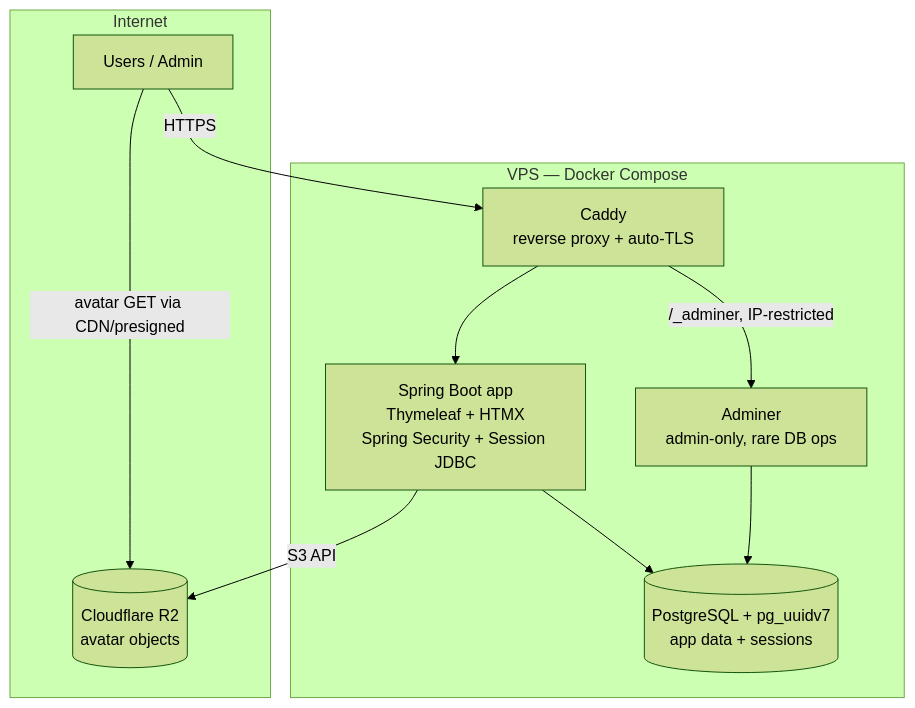
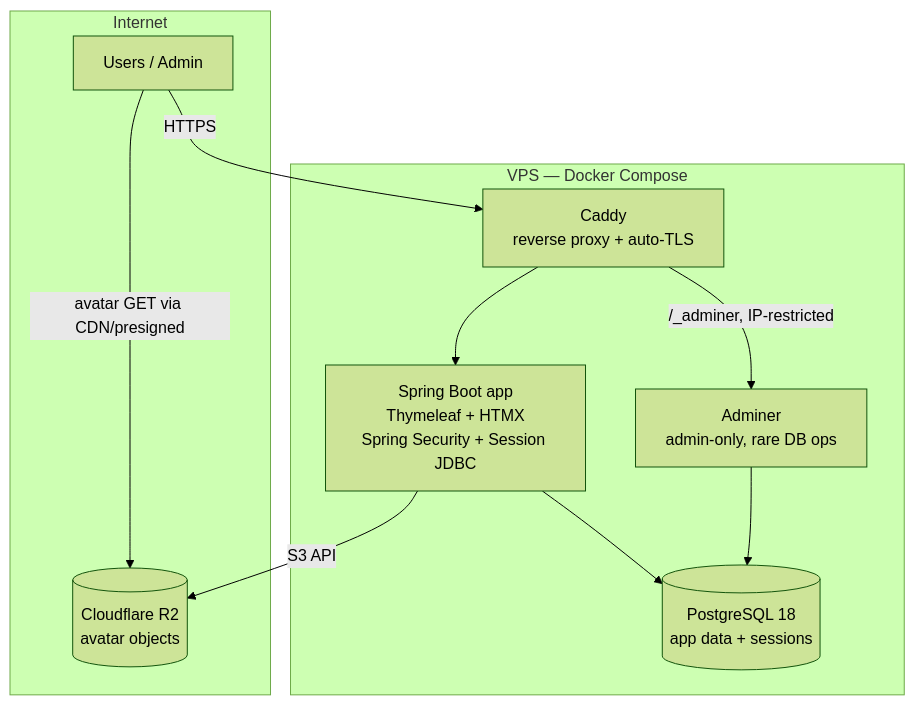
Before and after one commit to Papan1a/life-experience-portal: the diagram in architecture_v1.md, drawn with Mermaid (forest theme). The commit also changed other lines of this file and 18 other files, not shown here.

Commit message:
refactor: migrate to PostgreSQL 18 and implement Spring Data JDBC Auditing for timestamps

````diff
--- a/architecture_v1.md
+++ b/architecture_v1.md
@@ -28,20 +28,20 @@
 ```mermaid
 flowchart TB
     subgraph Internet
         U[Users / Admin]
         R2[(Cloudflare R2<br/>avatar objects)]
     end
     subgraph VPS [VPS — Docker Compose]
         CADDY[Caddy<br/>reverse proxy + auto-TLS]
         APP[Spring Boot app<br/>Thymeleaf + HTMX<br/>Spring Security + Session JDBC]
-        DB[(PostgreSQL + pg_uuidv7<br/>app data + sessions)]
+        DB[(PostgreSQL 18<br/>app data + sessions)]
         ADM[Adminer<br/>admin-only, rare DB ops]
     end
     U -->|HTTPS| CADDY
     CADDY --> APP
     CADDY -->|/_adminer, IP-restricted| ADM
     APP --> DB
     ADM --> DB
     APP -->|S3 API| R2
     U -->|avatar GET via CDN/presigned| R2
 ```
````
